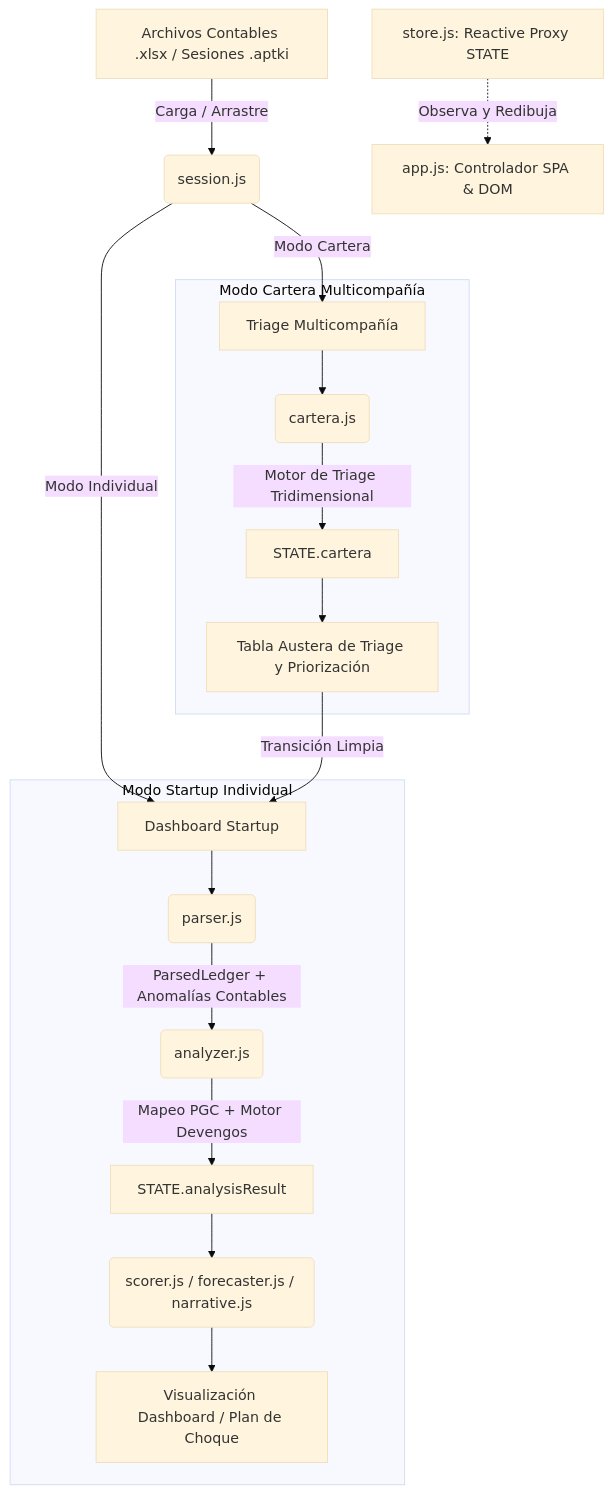
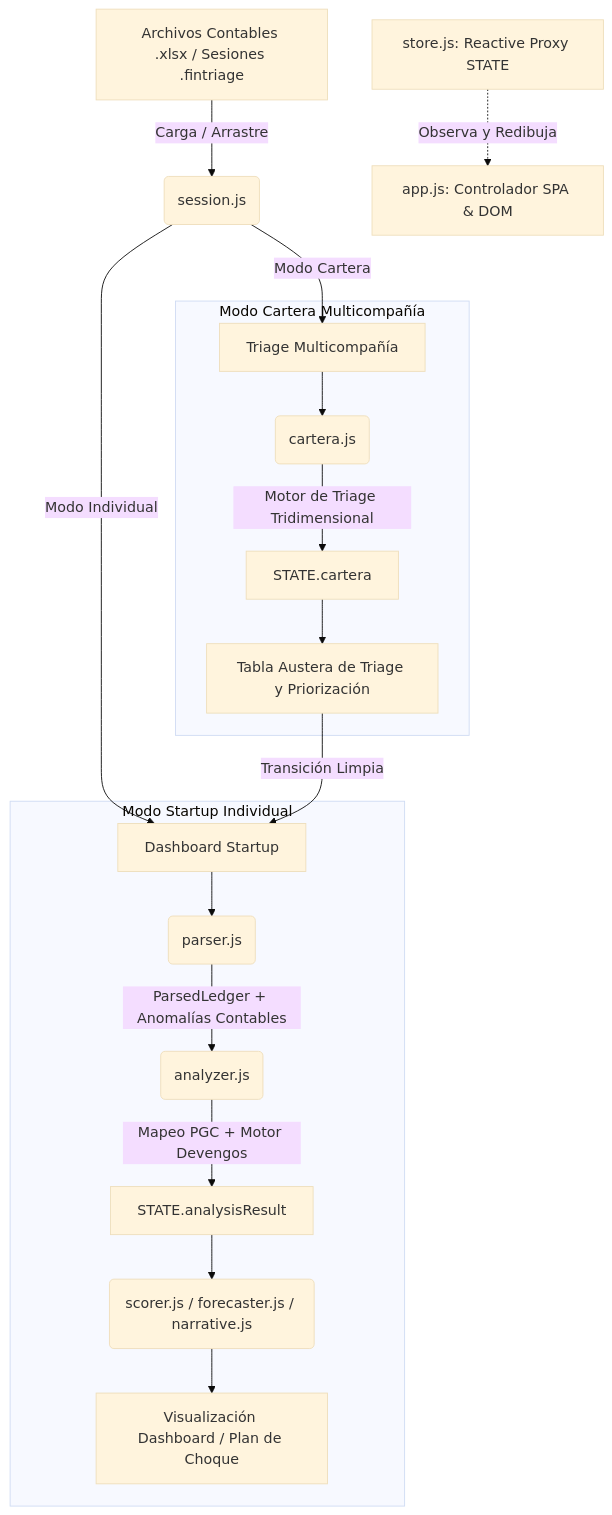
Before and after one commit to DonBorgiFR/FinTriage: the diagram in docs/architecture.md, drawn with Mermaid (base theme). The commit also changed other lines of this file and 36 other files, not shown here.

````diff
--- a/docs/architecture.md
+++ b/docs/architecture.md
@@ -15,23 +15,23 @@
 ```mermaid
 graph TD
-    A[Archivos Contables .xlsx / Sesiones .aptki] -->|Carga / Arrastre| B(session.js)
+    A[Archivos Contables .xlsx / Sesiones .fintriage] -->|Carga / Arrastre| B(session.js)
     B -->|Modo Individual| C[Dashboard Startup]
     B -->|Modo Cartera| D[Triage Multicompañía]
     
     subgraph Modo Startup Individual
         C --> C1(parser.js)
         C1 -->|ParsedLedger + Anomalías Contables| C2(analyzer.js)
         C2 -->|Mapeo PGC + Motor Devengos| C3[STATE.analysisResult]
         C3 --> C4(scorer.js / forecaster.js / narrative.js)
         C4 --> C5[Visualización Dashboard / Plan de Choque]
     end
     
     subgraph Modo Cartera Multicompañía
         D --> D1(cartera.js)
         D1 -->|Motor de Triage Tridimensional| D2[STATE.cartera]
         D2 --> D3[Tabla Austera de Triage y Priorización]
         D3 -->|Transición Limpia| C
     end
     
     STATE[store.js: Reactive Proxy STATE] -.->|Observa y Redibuja| UI[app.js: Controlador SPA & DOM]
 ```
````
